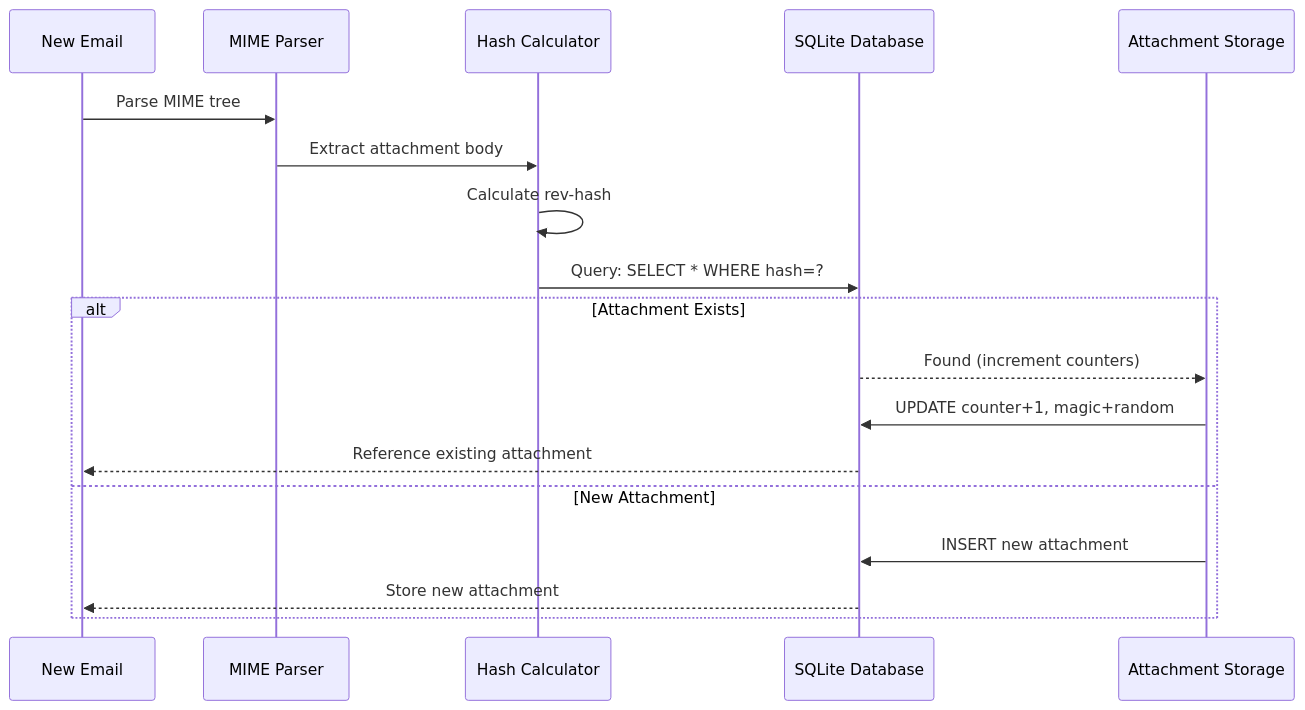
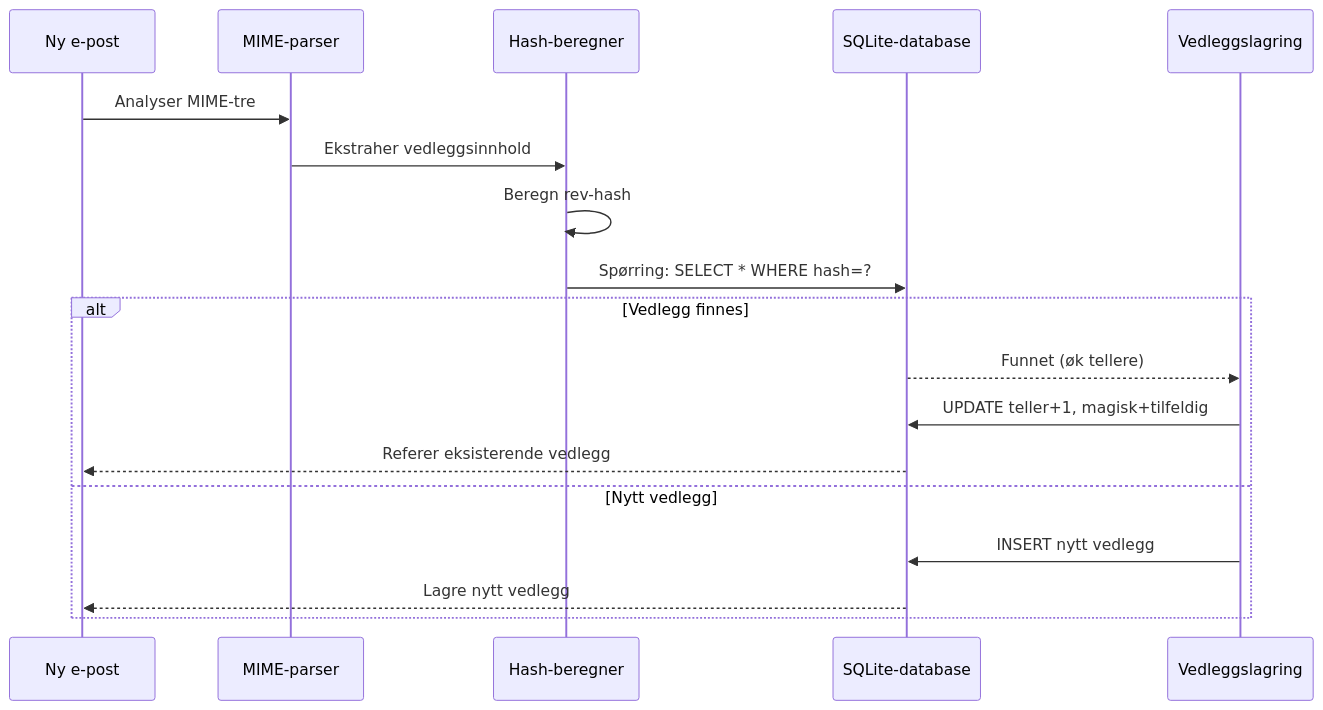
One commit to forwardemail/forwardemail.net changed diagram 12 of 16 in app/views/docs/email-protocols-rfc-compliance-imap-smtp-pop3-comparison/index-no.md. Above: the diagram before and after it, drawn with Mermaid. The commit also changed other lines of this file and 1055 other files, not shown here.

````diff
--- a/app/views/docs/email-protocols-rfc-compliance-imap-smtp-pop3-comparison/index-no.md
+++ b/app/views/docs/email-protocols-rfc-compliance-imap-smtp-pop3-comparison/index-no.md
@@ -1422,22 +1416,22 @@
 ```mermaid
 sequenceDiagram
-    participant Email as New Email
-    participant Parser as MIME Parser
-    participant Hash as Hash Calculator
-    participant DB as SQLite Database
-    participant Storage as Attachment Storage
+    participant Email as Ny e-post
+    participant Parser as MIME-parser
+    participant Hash as Hash-beregner
+    participant DB as SQLite-database
+    participant Storage as Vedleggslagring
 
-    Email->>Parser: Parse MIME tree
-    Parser->>Hash: Extract attachment body
-    Hash->>Hash: Calculate rev-hash
-    Hash->>DB: Query: SELECT * WHERE hash=?
+    Email->>Parser: Analyser MIME-tre
+    Parser->>Hash: Ekstraher vedleggsinnhold
+    Hash->>Hash: Beregn rev-hash
+    Hash->>DB: Spørring: SELECT * WHERE hash=?
 
-    alt Attachment Exists
-        DB-->>Storage: Found (increment counters)
-        Storage->>DB: UPDATE counter+1, magic+random
-        DB-->>Email: Reference existing attachment
-    else New Attachment
-        Storage->>DB: INSERT new attachment
-        DB-->>Email: Store new attachment
+    alt Vedlegg finnes
+        DB-->>Storage: Funnet (øk tellere)
+        Storage->>DB: UPDATE teller+1, magisk+tilfeldig
+        DB-->>Email: Referer eksisterende vedlegg
+    else Nytt vedlegg
+        Storage->>DB: INSERT nytt vedlegg
+        DB-->>Email: Lagre nytt vedlegg
     end
 ```
````
